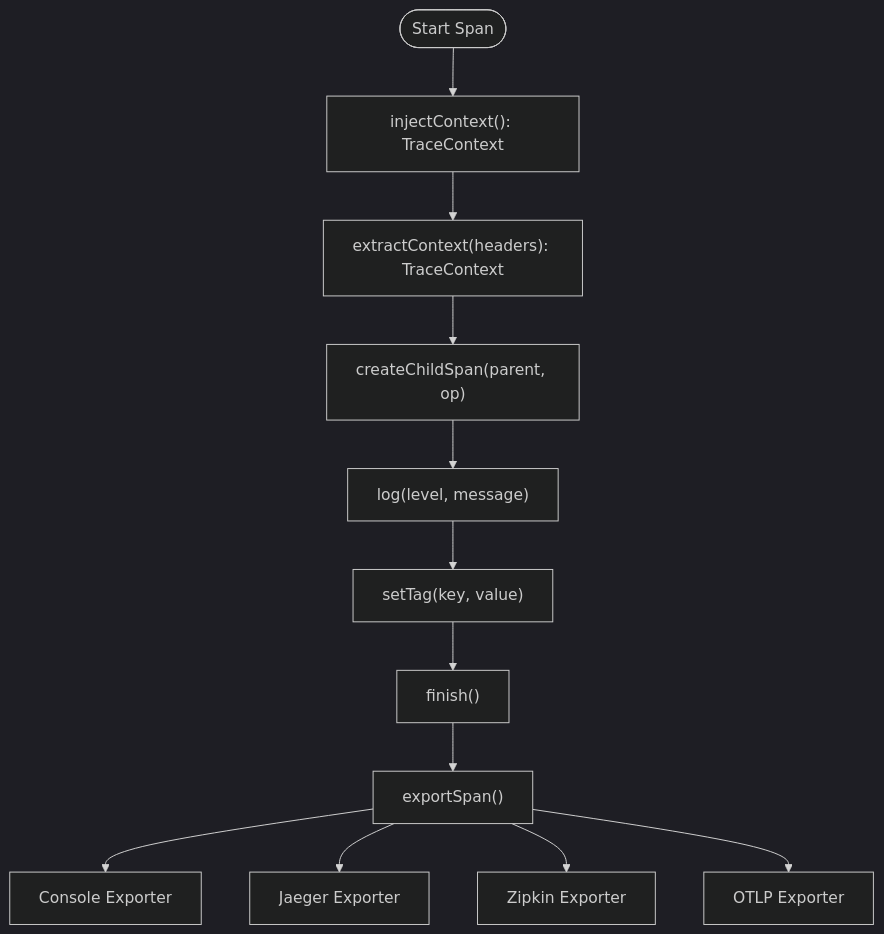
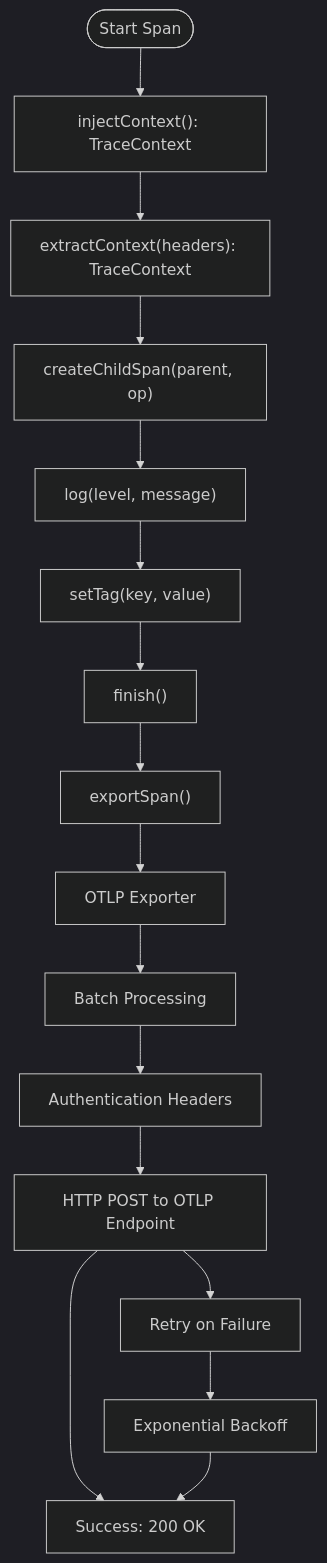
One commit to smedrec/smart-logs changed the sixth of 8 diagrams in .qoder/repowiki/en/content/Worker Service.md. Above: the diagram before and after it, drawn with Mermaid (dark theme). The commit also changed other lines of this file and 21 other files, not shown here.

First line of the commit message:
feat(core): add OTLP exporter and KMS encryption support to audit core system

````diff
--- a/.qoder/repowiki/en/content/Worker Service.md
+++ b/.qoder/repowiki/en/content/Worker Service.md
@@ -264,14 +265,18 @@
 ```mermaid
 flowchart TD
 Start([Start Span]) --> Inject["injectContext(): TraceContext"]
 Inject --> Extract["extractContext(headers): TraceContext"]
 Extract --> Create["createChildSpan(parent, op)"]
 Create --> Log["log(level, message)"]
 Log --> Tag["setTag(key, value)"]
 Tag --> Finish["finish()"]
 Finish --> Export["exportSpan()"]
-Export --> Console["Console Exporter"]
-Export --> Jaeger["Jaeger Exporter"]
-Export --> Zipkin["Zipkin Exporter"]
 Export --> OTLP["OTLP Exporter"]
+OTLP --> Batch["Batch Processing"]
+Batch --> Auth["Authentication Headers"]
+Auth --> HTTP["HTTP POST to OTLP Endpoint"]
+HTTP --> Success["Success: 200 OK"]
+HTTP --> Retry["Retry on Failure"]
+Retry --> Backoff["Exponential Backoff"]
+Backoff --> Success
 ```
````
